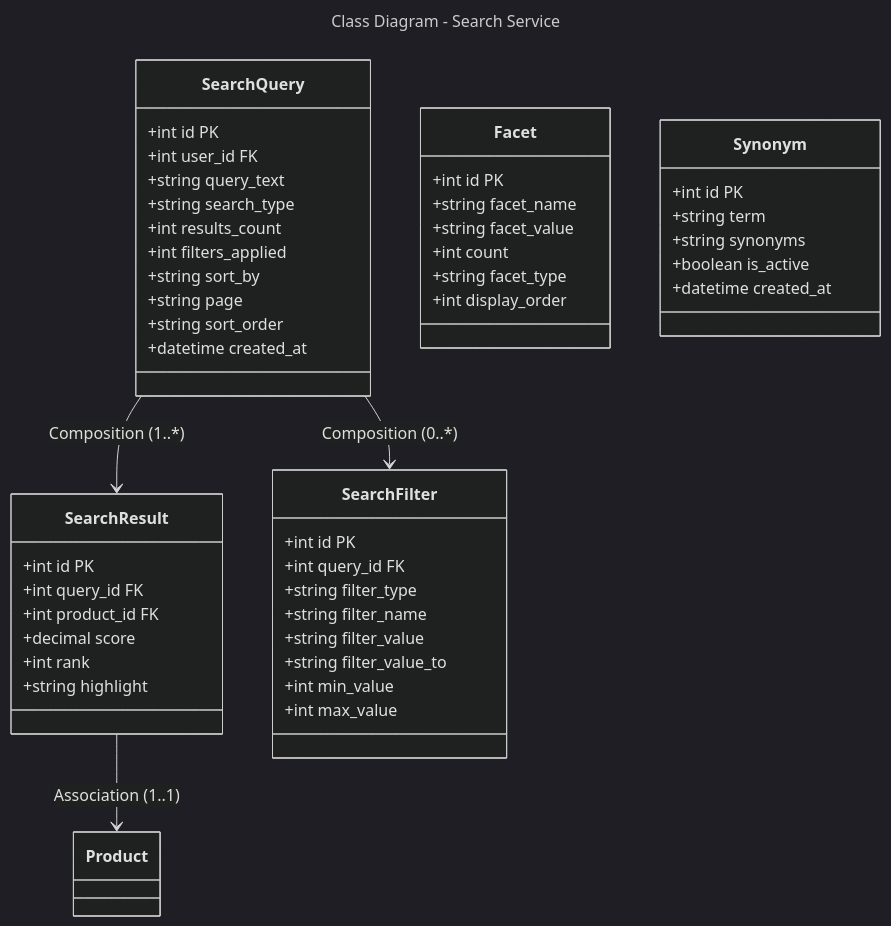
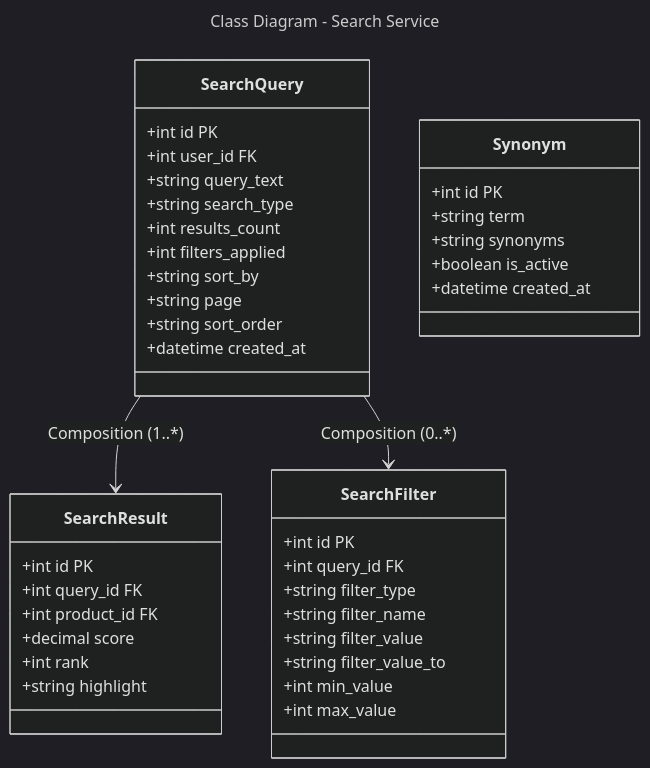
The diagram in docs/diagrams/class/search-service.md (Trannaaanhh/ecom), drawn with Mermaid (dark theme) before and after one commit. The commit also changed other lines of this file and 11 other files, not shown here.

````diff
--- a/docs/diagrams/class/search-service.md
+++ b/docs/diagrams/class/search-service.md
@@ -1,59 +1,49 @@
 ```mermaid
 ---
 title: Class Diagram - Search Service
 ---
 classDiagram
     class SearchQuery {
         +int id PK
         +int user_id FK
         +string query_text
         +string search_type
         +int results_count
         +int filters_applied
         +string sort_by
         +string page
         +string sort_order
         +datetime created_at
     }
     
     class SearchResult {
         +int id PK
         +int query_id FK
         +int product_id FK
         +decimal score
         +int rank
         +string highlight
     }
     
     class SearchFilter {
         +int id PK
         +int query_id FK
         +string filter_type
         +string filter_name
         +string filter_value
         +string filter_value_to
         +int min_value
         +int max_value
     }
     
-    class Facet {
-        +int id PK
-        +string facet_name
-        +string facet_value
-        +int count
-        +string facet_type
-        +int display_order
-    }
-    
     class Synonym {
         +int id PK
         +string term
         +string synonyms
         +boolean is_active
         +datetime created_at
     }
     
     SearchQuery --> SearchResult : Composition (1..*)
     SearchQuery --> SearchFilter : Composition (0..*)
-    SearchResult --> Product : Association (1..1)
 ```
````
